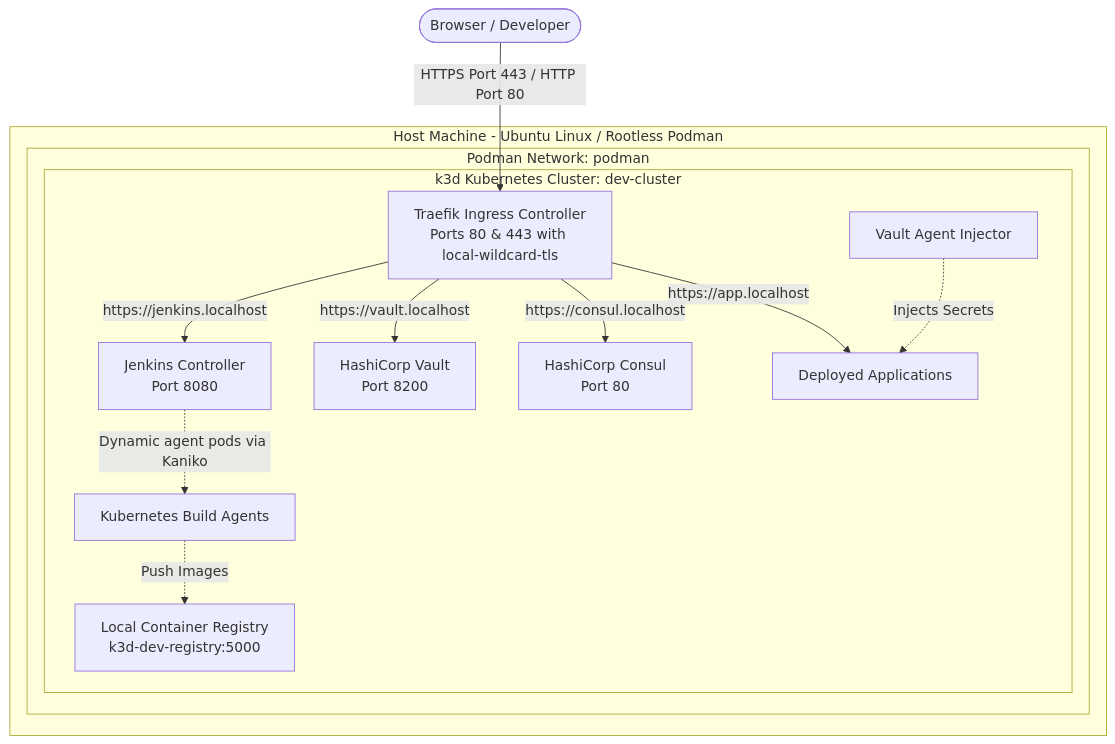
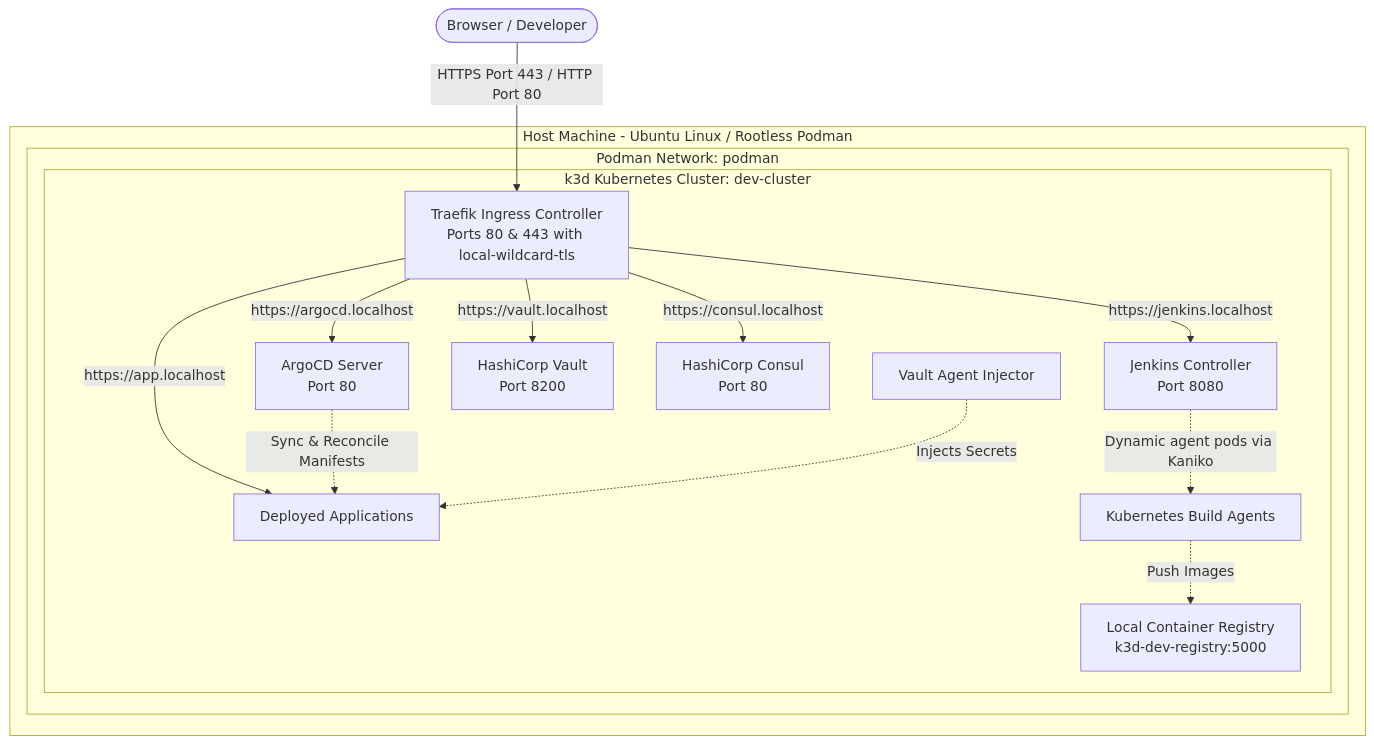
Before and after one commit to edmaputra/ed-devops: the diagram in docs/SETUP_GUIDE.md, drawn with Mermaid. The commit also changed other lines of this file and 4 other files, not shown here.

````diff
--- a/docs/SETUP_GUIDE.md
+++ b/docs/SETUP_GUIDE.md
@@ -9,22 +9,24 @@
 ```mermaid
 graph TD
     User([Browser / Developer]) -->|HTTPS Port 443 / HTTP Port 80| Traefik[Traefik Ingress Controller<br/>Ports 80 & 443 with local-wildcard-tls]
     
     subgraph Host [Host Machine - Ubuntu Linux / Rootless Podman]
         subgraph PodmanNet [Podman Network: podman]
             Reg[Local Container Registry<br/>k3d-dev-registry:5000]
             
             subgraph K3sCluster [k3d Kubernetes Cluster: dev-cluster]
                 Traefik -->|https://jenkins.localhost| Jenkins[Jenkins Controller<br/>Port 8080]
+                Traefik -->|https://argocd.localhost| ArgoCD[ArgoCD Server<br/>Port 80]
                 Traefik -->|https://vault.localhost| Vault[HashiCorp Vault<br/>Port 8200]
                 Traefik -->|https://consul.localhost| Consul[HashiCorp Consul<br/>Port 80]
                 Traefik -->|https://app.localhost| Apps[Deployed Applications]
                 
                 Jenkins -.->|Dynamic agent pods via Kaniko| K8sAgents[Kubernetes Build Agents]
                 K8sAgents -.->|Push Images| Reg
                 
+                ArgoCD -.->|Sync & Reconcile Manifests| Apps
                 VaultInjector[Vault Agent Injector] -.->|Injects Secrets| Apps
             end
         end
     end
 ```
````
